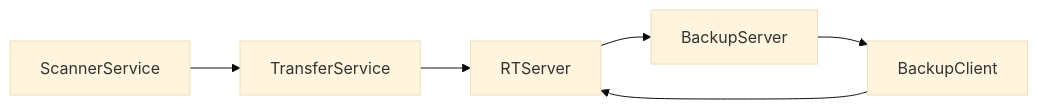
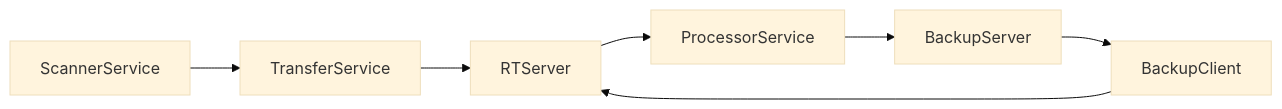
The diagram in Architecture.md (sync-different/alt-core-docs), drawn with Mermaid (base theme) before and after one commit.

````diff
--- a/Architecture.md
+++ b/Architecture.md
@@ -5,8 +5,9 @@
 ```mermaid
 flowchart LR
     ScannerService --> TransferService 
     TransferService --> RTServer
-    RTServer --> BackupServer
+    RTServer --> ProcessorService
+    ProcessorService --> BackupServer
     BackupServer --> BackupClient
     BackupClient --> RTServer
 ```
````
